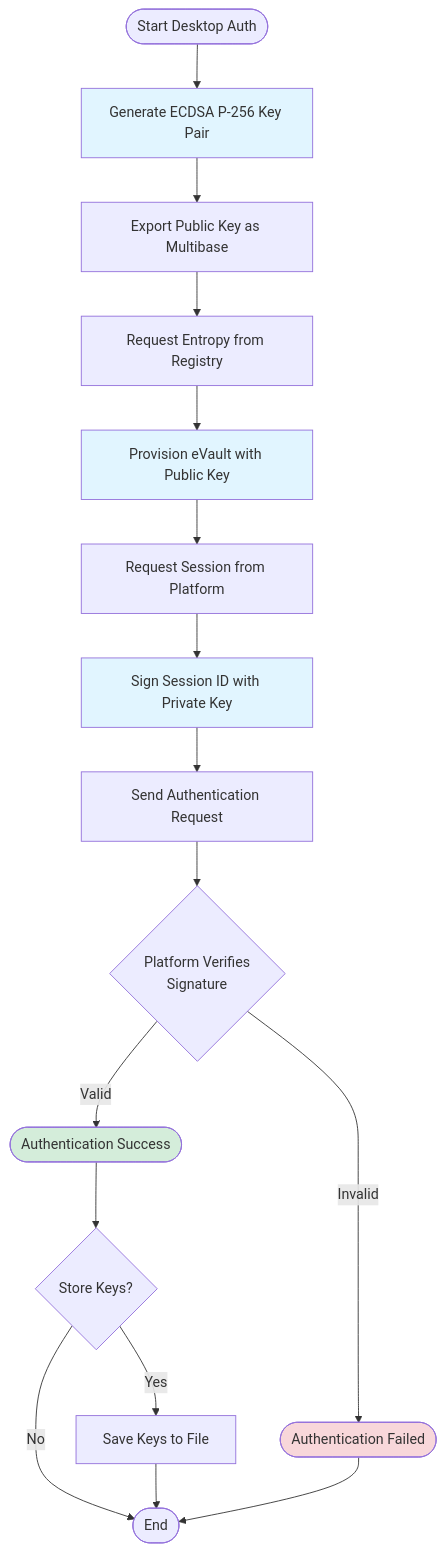
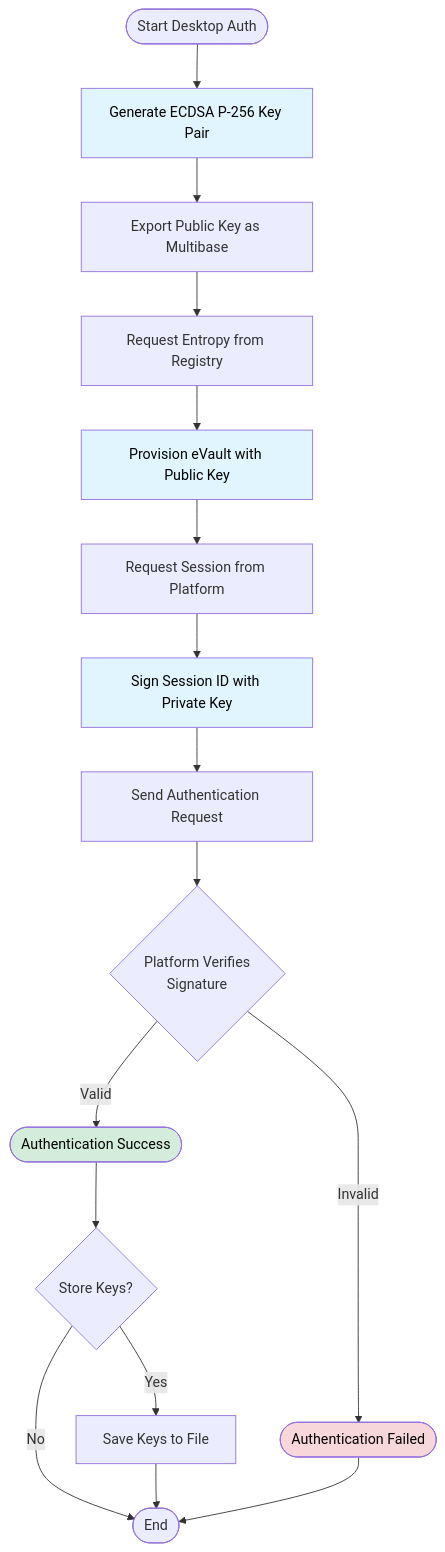
The third of 3 diagrams in docs/docs/W3DS Protocol/Signatures.md (MetaState-Prototype-Project/prototype), drawn with Mermaid before and after one commit.

Commit message:
docs: change font color on nodes

````diff
--- a/docs/docs/W3DS Protocol/Signatures.md
+++ b/docs/docs/W3DS Protocol/Signatures.md
@@ -438,24 +438,24 @@
 ```mermaid
 flowchart TD
     Start([Start Desktop Auth]) --> GenKeys[Generate ECDSA P-256 Key Pair]
     GenKeys --> ExportPub[Export Public Key as Multibase]
     ExportPub --> GetEntropy[Request Entropy from Registry]
     GetEntropy --> Provision[Provision eVault with Public Key]
     Provision --> GetSession[Request Session from Platform]
     GetSession --> Sign[Sign Session ID with Private Key]
     Sign --> Auth[Send Authentication Request]
     Auth --> Verify{Platform Verifies<br/>Signature}
     Verify -->|Valid| Success([Authentication Success])
     Verify -->|Invalid| Fail([Authentication Failed])
     Success --> StoreKeys{Store Keys?}
     StoreKeys -->|Yes| Save[Save Keys to File]
     StoreKeys -->|No| End([End])
     Save --> End
     Fail --> End
 
-    style GenKeys fill:#e1f5ff
-    style Provision fill:#e1f5ff
-    style Sign fill:#e1f5ff
-    style Success fill:#d4edda
-    style Fail fill:#f8d7da
+    style GenKeys fill:#e1f5ff,color:#000000
+    style Provision fill:#e1f5ff,color:#000000
+    style Sign fill:#e1f5ff,color:#000000
+    style Success fill:#d4edda,color:#000000
+    style Fail fill:#f8d7da,color:#000000
 ```
````
